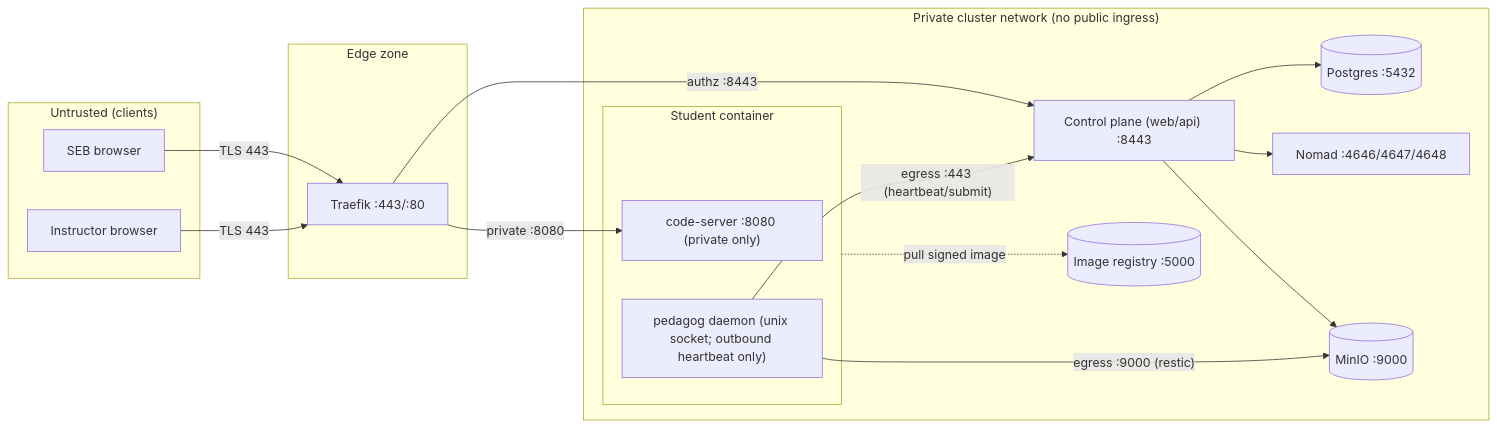
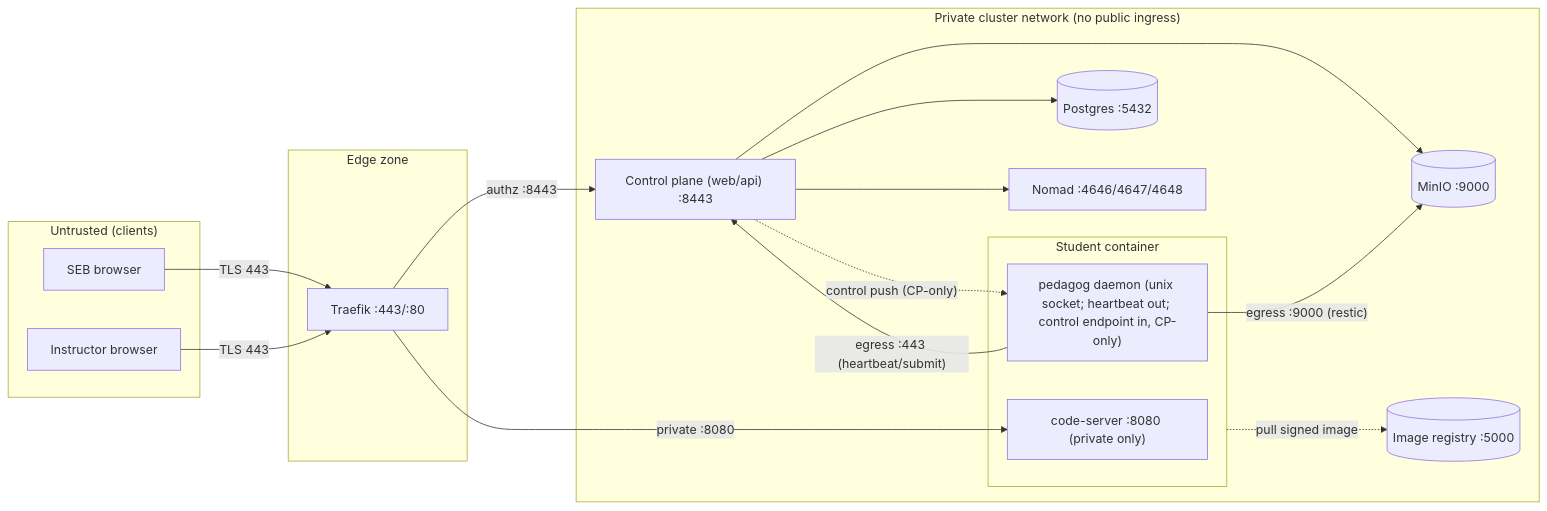
One commit to pedagog-org/pedagog changed the second of 9 diagrams in docs/02-design-exam-system.md. Above: the diagram before and after it, drawn with Mermaid. The commit also changed other lines of this file and 2 other files, not shown here.

First line of the commit message:
docs: base-image/daemon design (03) + reconcile 02; design-only workflow

````diff
--- a/docs/02-design-exam-system.md
+++ b/docs/02-design-exam-system.md
@@ -128,32 +130,33 @@
 ```mermaid
 flowchart LR
   subgraph internet["Untrusted (clients)"]
     B["SEB browser"]
     I["Instructor browser"]
   end
   subgraph dmz["Edge zone"]
     T["Traefik :443/:80"]
   end
   subgraph priv["Private cluster network (no public ingress)"]
     CP["Control plane (web/api) :8443"]
     PG[("Postgres :5432")]
     NOMAD["Nomad :4646/4647/4648"]
     S3[("MinIO :9000")]
     REG[("Image registry :5000")]
     subgraph ctr["Student container"]
       CS["code-server :8080 (private only)"]
-      DA["pedagog daemon (unix socket; outbound heartbeat only)"]
+      DA["pedagog daemon (unix socket; heartbeat out; control endpoint in, CP-only)"]
     end
   end
 
   B -->|TLS 443| T
   I -->|TLS 443| T
   T -->|"private :8080"| CS
   T -->|"authz :8443"| CP
   CP --> PG
   CP --> NOMAD
   CP --> S3
   ctr -. "pull signed image" .-> REG
   DA -->|"egress :443 (heartbeat/submit)"| CP
   DA -->|"egress :9000 (restic)"| S3
+  CP -. "control push (CP-only)" .-> DA
 ```
````
